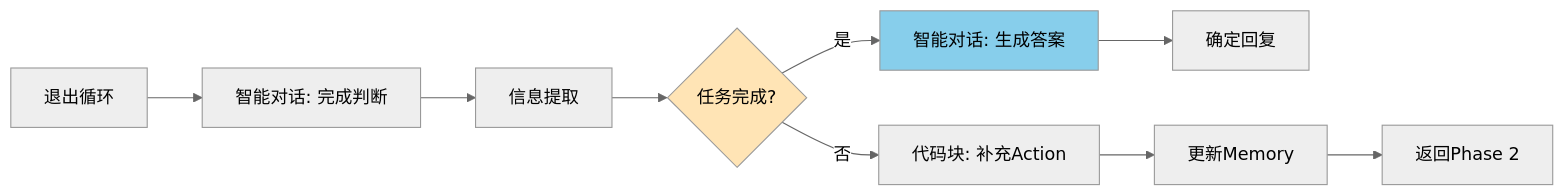
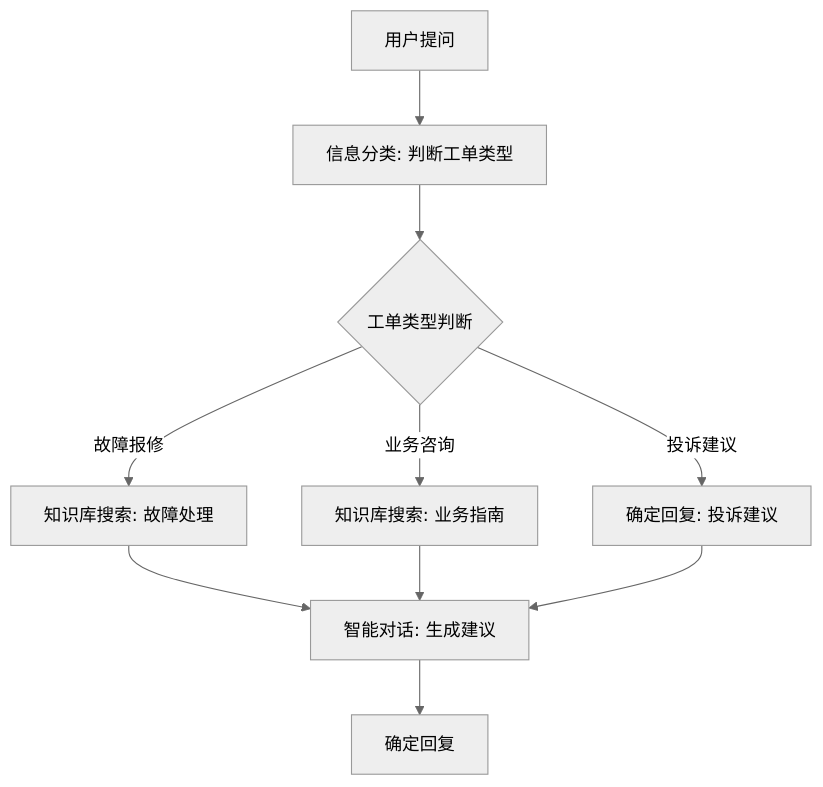
The fifth of 5 diagrams in Lesson-01/resources/示例代码/ReAct在灵知平台的实现方案.md (Sonnet0524/AI-Lesson-Training), drawn with Mermaid (neutral theme) before and after one commit. The commit also changed other lines of this file, not shown here.

````diff
--- a/Lesson-01/resources/示例代码/ReAct在灵知平台的实现方案.md
+++ b/Lesson-01/resources/示例代码/ReAct在灵知平台的实现方案.md
@@ -689,14 +533,12 @@
 ```mermaid
-graph LR
-    A[退出循环] --> B[智能对话: 完成判断]
-    B --> C[信息提取]
-    C --> D{任务完成?}
-    D -->|是| E[智能对话: 生成答案]
-    D -->|否| F[代码块: 补充Action]
-    E --> G[确定回复]
-    F --> H[更新Memory]
-    H --> I[返回Phase 2]
-    
-    style D fill:#FFE4B5
-    style E fill:#87CEEB
+graph TB
+    A[用户提问] --> B[信息分类: 判断工单类型]
+    B --> C{工单类型判断}
+    C -->|故障报修| D[知识库搜索: 故障处理]
+    C -->|业务咨询| E[知识库搜索: 业务指南]
+    C -->|投诉建议| F[确定回复: 投诉建议]
+    D --> G[智能对话: 生成建议]
+    E --> G
+    F --> G
+    G --> H[确定回复]
 ```
````
